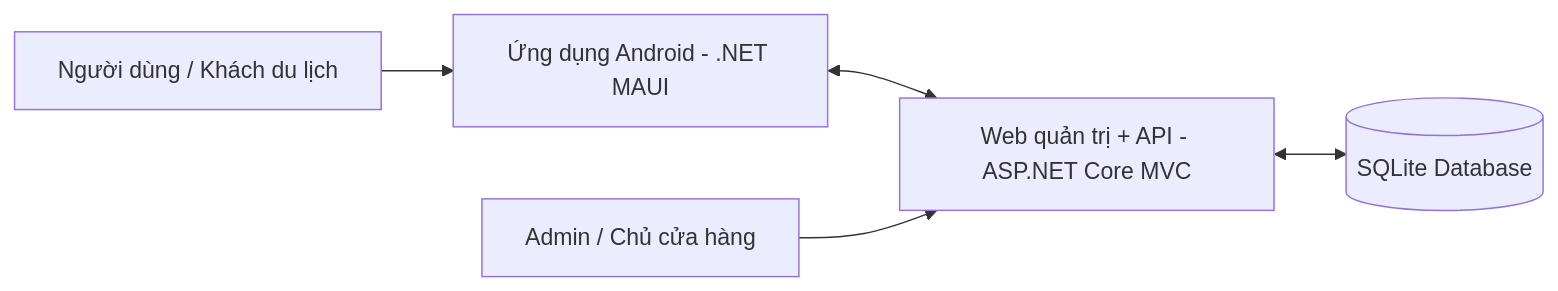
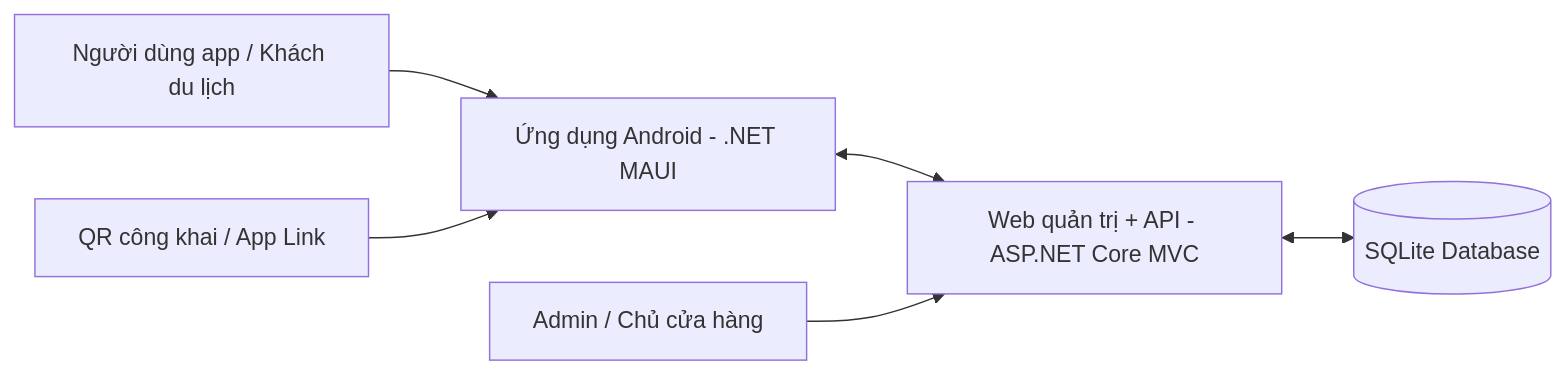
Before and after one commit to DAVIDDAT2709/VKFoodArea: the diagram in README.md, drawn with Mermaid. The commit also changed other lines of this file, not shown here.

````diff
--- a/README.md
+++ b/README.md
@@ -105,7 +111,8 @@
 ```mermaid
 flowchart LR
-    U[Người dùng / Khách du lịch] --> A[Ứng dụng Android - .NET MAUI]
+    U[Người dùng app / Khách du lịch] --> A[Ứng dụng Android - .NET MAUI]
     A <--> W[Web quản trị + API - ASP.NET Core MVC]
     W <--> D[(SQLite Database)]
     M[Admin / Chủ cửa hàng] --> W
+    Q[QR công khai / App Link] --> A
 ```
````
